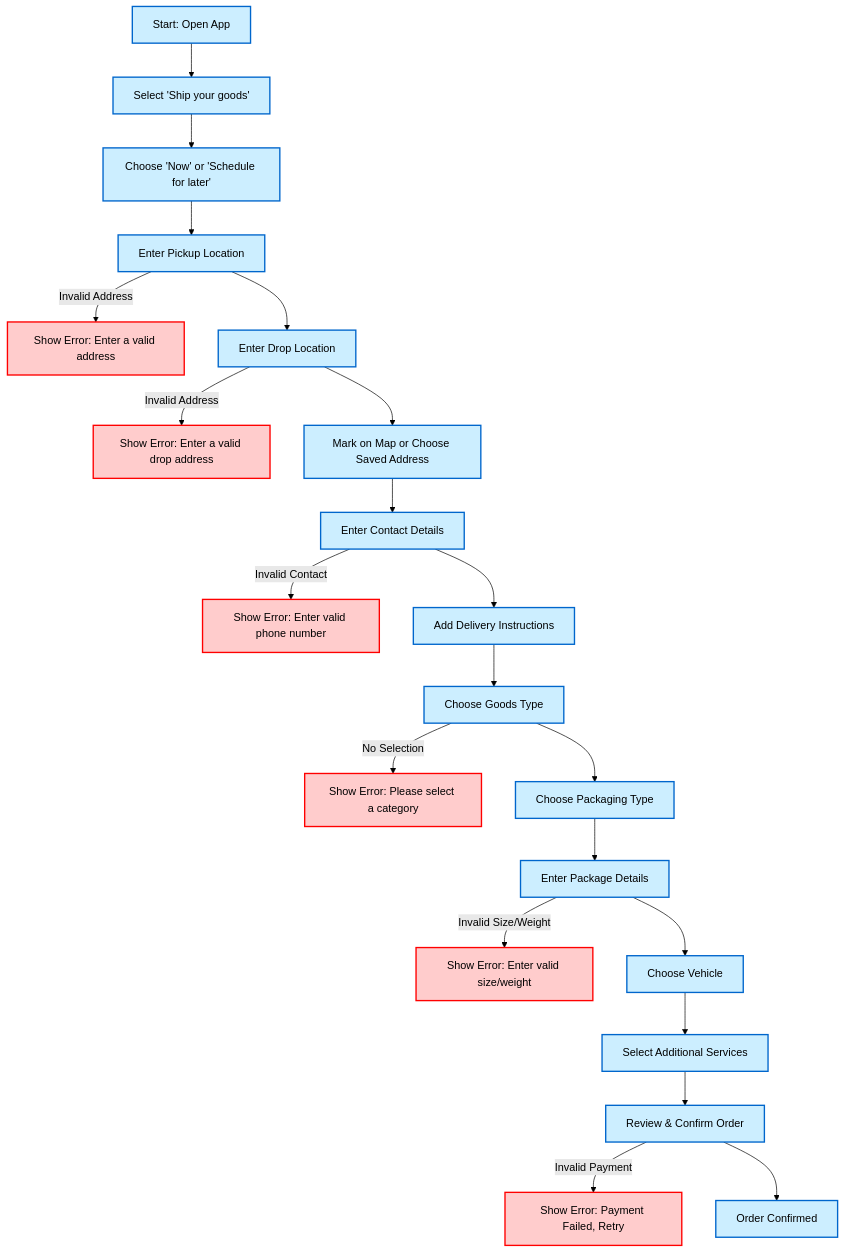
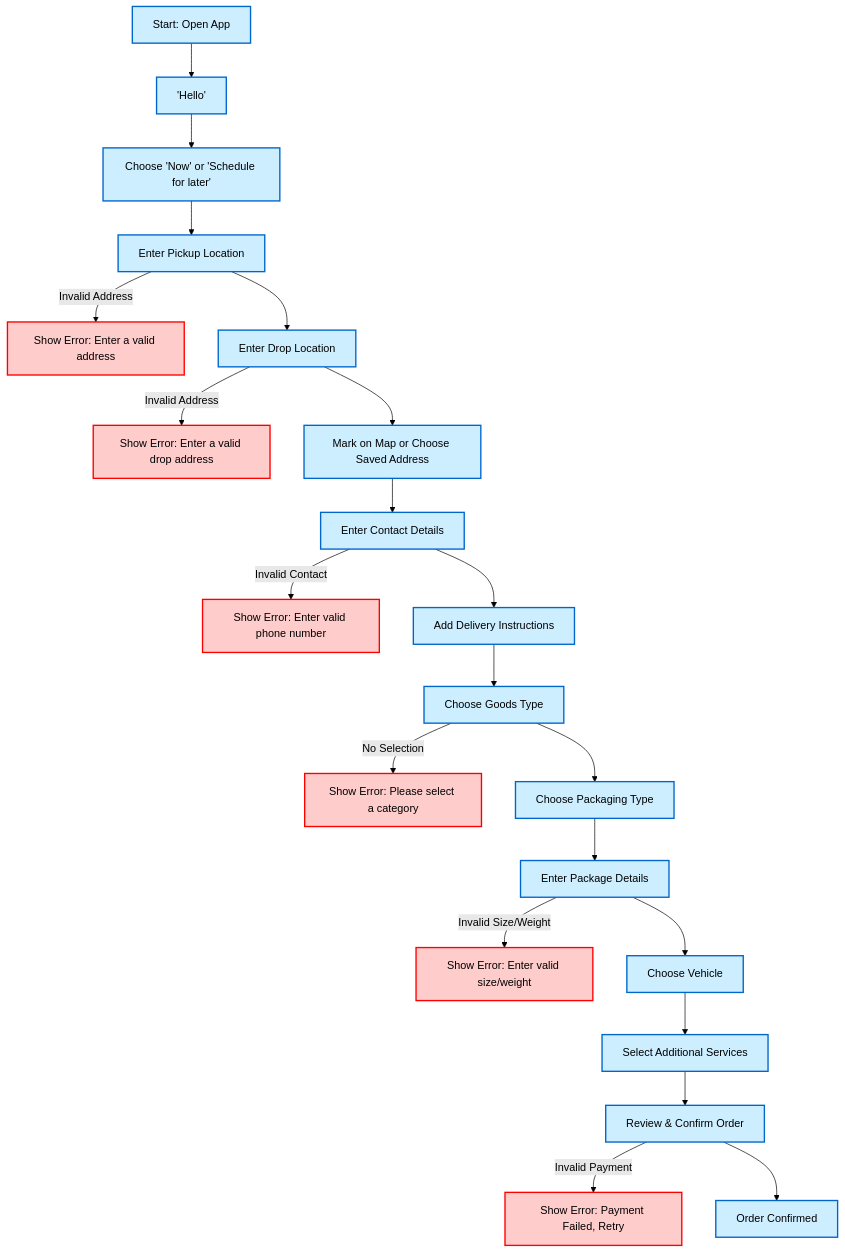
Before and after one commit to NitishaPolynomial/GoGoods: the diagram in Load Management.md, drawn with Mermaid (forest theme).

Commit message:
Update Load Management.md

````diff
--- a/Load Management.md
+++ b/Load Management.md
@@ -1,35 +1,35 @@
 ```mermaid 
    graph TD;
-    A[Start: Open App] --> B[Select 'Ship your goods']
+    A[Start: Open App] --> B['Hello']
     B --> C[Choose 'Now' or 'Schedule for later']
     C --> D[Enter Pickup Location]
     D -->|Invalid Address| D1[Show Error: Enter a valid address]
     D --> E[Enter Drop Location]
     E -->|Invalid Address| E1[Show Error: Enter a valid drop address]
     
     E --> F[Mark on Map or Choose Saved Address]
     F --> G[Enter Contact Details]
     G -->|Invalid Contact| G1[Show Error: Enter valid phone number]
     G --> H[Add Delivery Instructions]
     
     H --> I[Choose Goods Type]
     I -->|No Selection| I1[Show Error: Please select a category]
     
     I --> J[Choose Packaging Type]
     J --> K[Enter Package Details]
     K -->|Invalid Size/Weight| K1[Show Error: Enter valid size/weight]
     
     K --> L[Choose Vehicle]
     L --> M[Select Additional Services]
     M --> N[Review & Confirm Order]
     
     N -->|Invalid Payment| N1[Show Error: Payment Failed, Retry]
     N --> O[Order Confirmed]
 
     %% Styling %%
     classDef error fill:#ffcccc,stroke:#ff0000,stroke-width:2px;
     classDef process fill:#cceeff,stroke:#0066cc,stroke-width:2px;
     
     class A,B,C,D,E,F,G,H,I,J,K,L,M,N,O process;
     class D1,E1,G1,I1,K1,N1 error;
 ```
````
